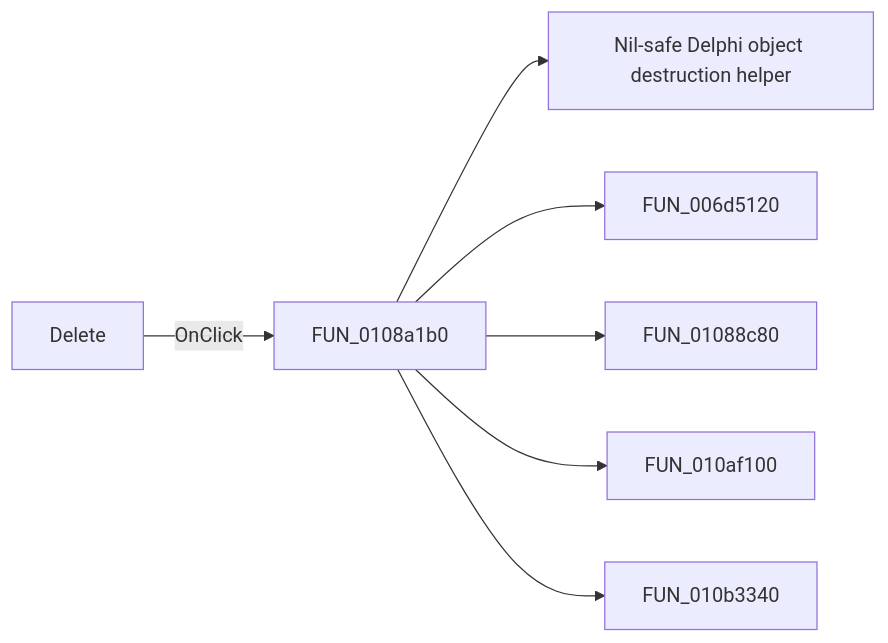
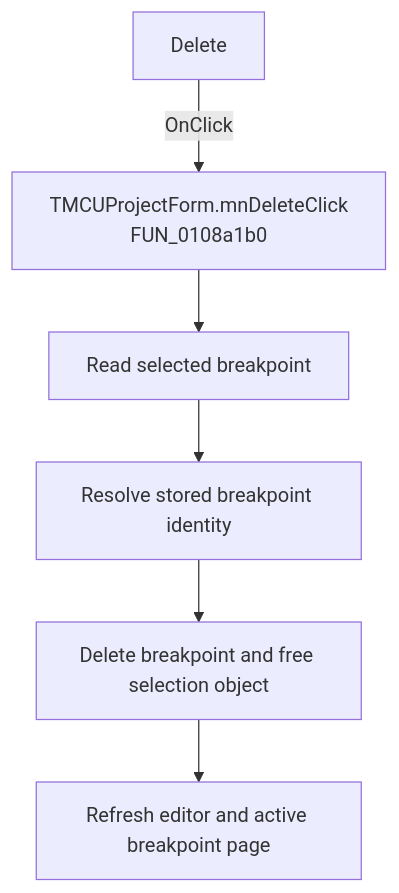
One commit to MovGP0/TIARA changed the diagram in docs/ui-controls/mcuprojectform/mndelete-de63809ead.md. Above: the diagram before and after it, drawn with Mermaid. The commit also changed other lines of this file and 1062 other files, not shown here.

````diff
--- a/docs/ui-controls/mcuprojectform/mndelete-de63809ead.md
+++ b/docs/ui-controls/mcuprojectform/mndelete-de63809ead.md
@@ -27,9 +27,8 @@
 ```mermaid
-flowchart LR
-    control["Delete"] -->|OnClick| handler["FUN_0108a1b0"]
-    handler --> call1["Nil-safe Delphi object destruction helper"]
-    handler --> call2["FUN_006d5120"]
-    handler --> call3["FUN_01088c80"]
-    handler --> call4["FUN_010af100"]
-    handler --> call5["FUN_010b3340"]
+flowchart TD
+    control["Delete"] -->|OnClick| handler["TMCUProjectForm.mnDeleteClick<br/>FUN_0108a1b0"]
+    handler --> selected["Read selected breakpoint"]
+    selected --> identity["Resolve stored breakpoint identity"]
+    identity --> remove["Delete breakpoint and free selection object"]
+    remove --> refresh["Refresh editor and active breakpoint page"]
 ```
````
